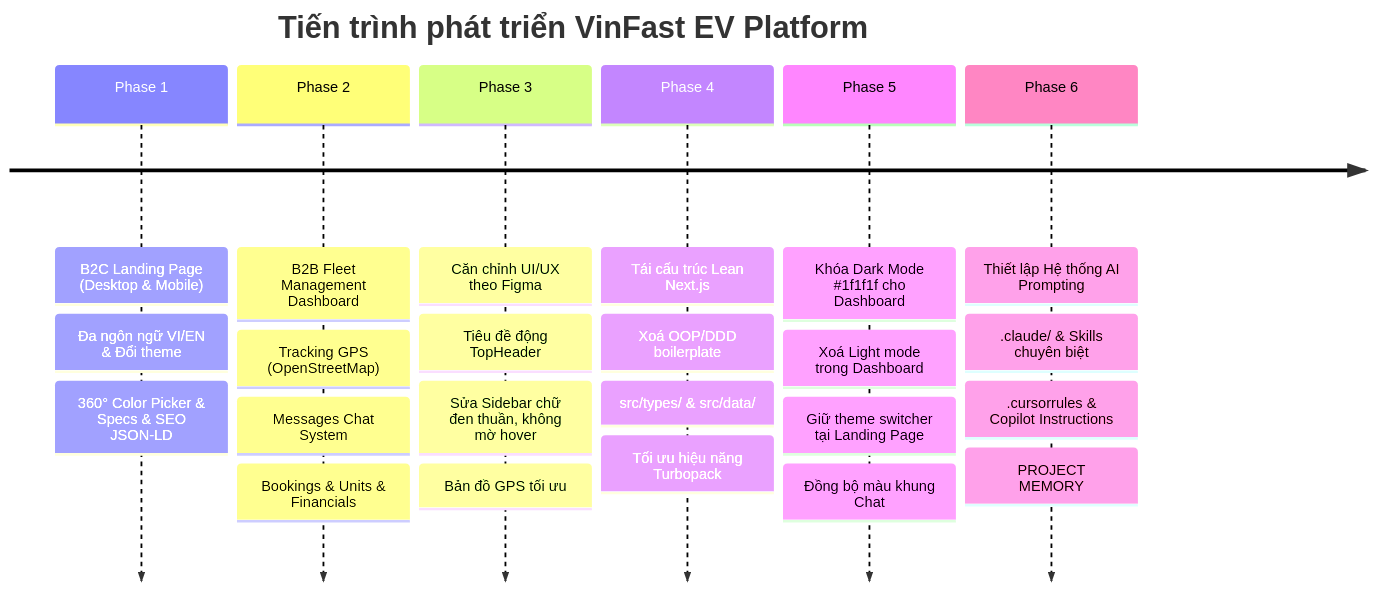
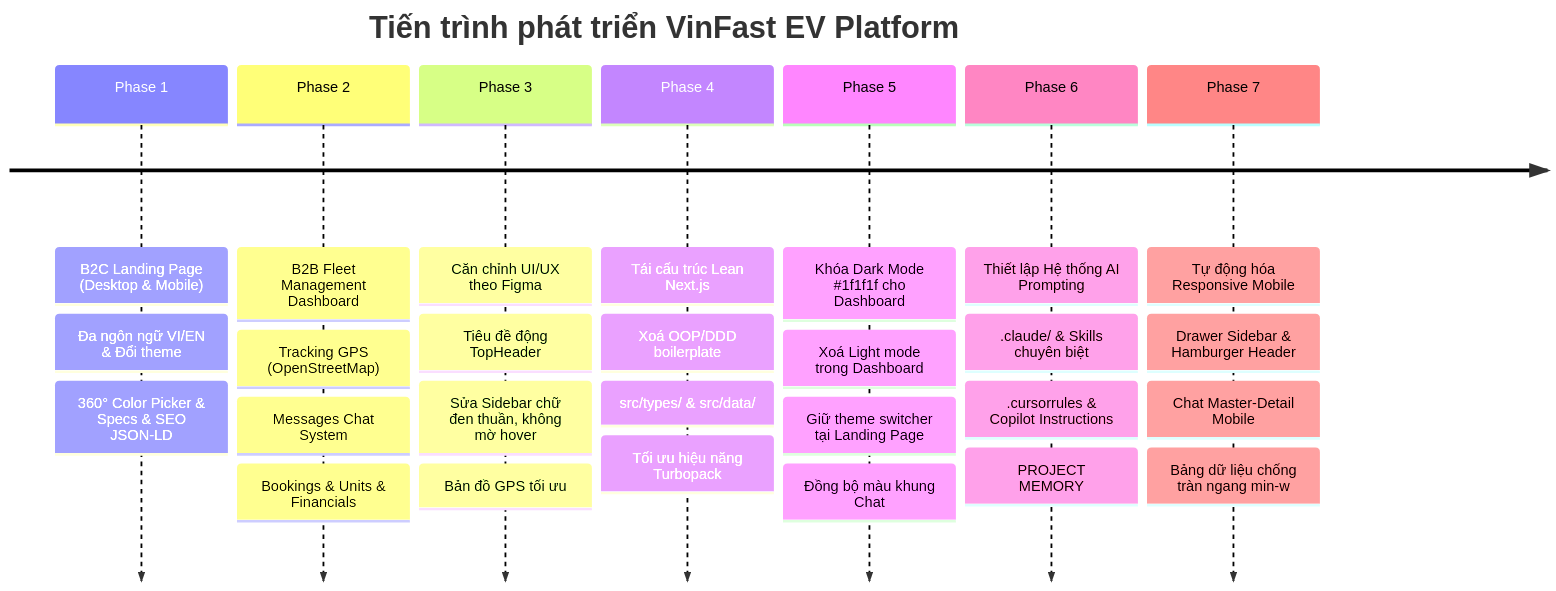
The diagram in .claude/MEMORY.md (KaitoDeus/VinFast-EV-Platform), drawn with Mermaid before and after one commit. The commit also changed 13 other files, not shown here.

Commit message:
feat(dashboard): automated mobile responsiveness with drawer sidebar, mobile chat navigation and adaptive tables

````diff
--- a/.claude/MEMORY.md
+++ b/.claude/MEMORY.md
@@ -17,10 +17,11 @@
 ```mermaid
 timeline
     title Tiến trình phát triển VinFast EV Platform
     Phase 1 : B2C Landing Page (Desktop & Mobile) : Đa ngôn ngữ VI/EN & Đổi theme : 360° Color Picker & Specs & SEO JSON-LD
     Phase 2 : B2B Fleet Management Dashboard : Tracking GPS (OpenStreetMap) : Messages Chat System : Bookings & Units & Financials
     Phase 3 : Căn chỉnh UI/UX theo Figma : Tiêu đề động TopHeader : Sửa Sidebar chữ đen thuần, không mờ hover : Bản đồ GPS tối ưu
     Phase 4 : Tái cấu trúc Lean Next.js : Xoá OOP/DDD boilerplate : src/types/ & src/data/ : Tối ưu hiệu năng Turbopack
     Phase 5 : Khóa Dark Mode #1f1f1f cho Dashboard : Xoá Light mode trong Dashboard : Giữ theme switcher tại Landing Page : Đồng bộ màu khung Chat
     Phase 6 : Thiết lập Hệ thống AI Prompting : .claude/ & Skills chuyên biệt : .cursorrules & Copilot Instructions : PROJECT MEMORY
+    Phase 7 : Tự động hóa Responsive Mobile : Drawer Sidebar & Hamburger Header : Chat Master-Detail Mobile : Bảng dữ liệu chống tràn ngang min-w
 ```
````
